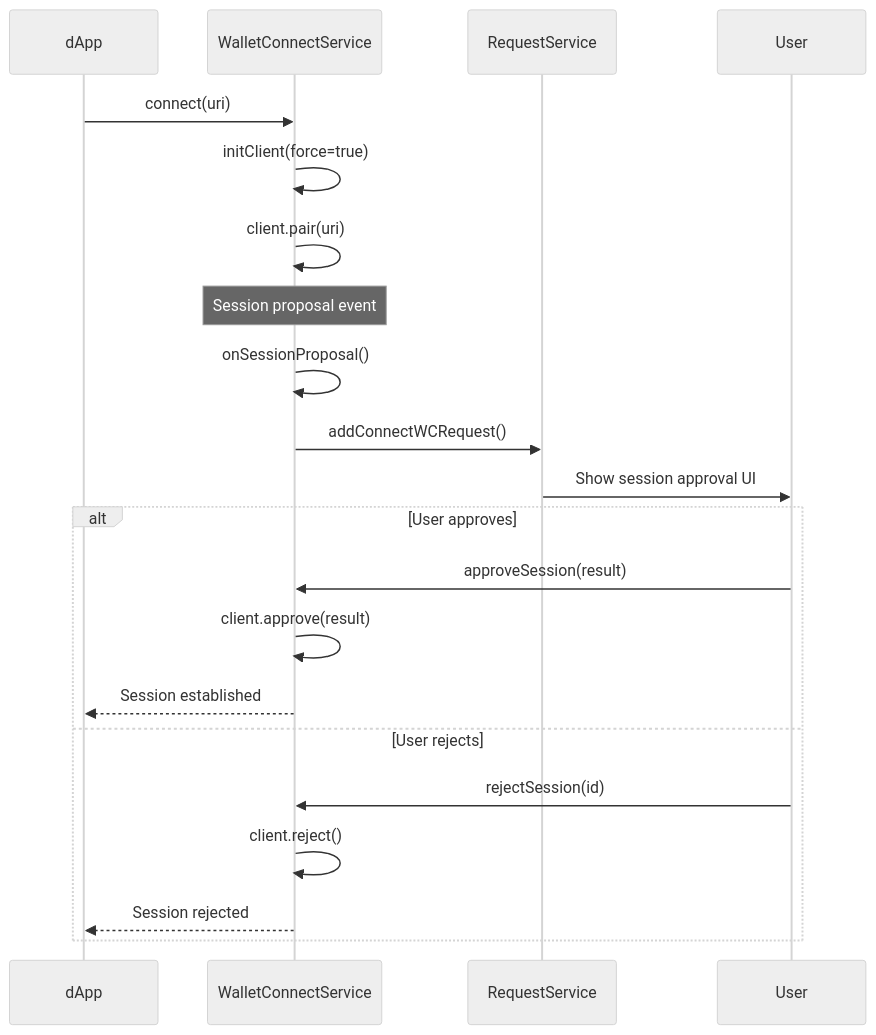
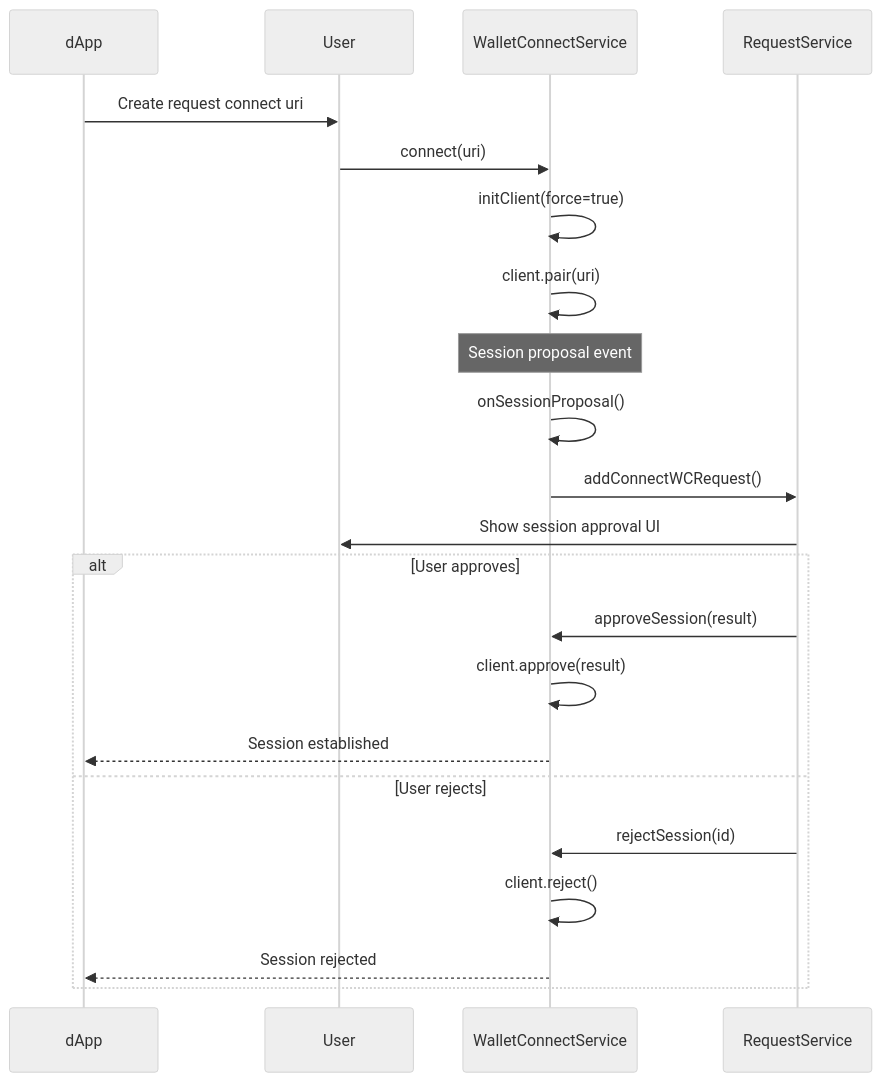
One commit to Koniverse/SubWallet-Extension changed the fourth of 6 diagrams in packages/extension-base/src/services/wallet-connect-service/README.md. Above: the diagram before and after it, drawn with Mermaid (neutral theme).

Commit message:
[DOCS] Update README for WalletConnect service

````diff
--- a/packages/extension-base/src/services/wallet-connect-service/README.md
+++ b/packages/extension-base/src/services/wallet-connect-service/README.md
@@ -242,26 +242,27 @@
 ```mermaid
 sequenceDiagram
     participant D as dApp
+    participant U as User
     participant W as WalletConnectService
     participant R as RequestService
-    participant U as User
     
-    D->>W: connect(uri)
+    D->>U: Create request connect uri
+    U->>W: connect(uri)
     W->>W: initClient(force=true)
     W->>W: client.pair(uri)
     
     Note over W: Session proposal event
     W->>W: onSessionProposal()
     W->>R: addConnectWCRequest()
     R->>U: Show session approval UI
     
     alt User approves
-        U->>W: approveSession(result)
+        R->>W: approveSession(result)
         W->>W: client.approve(result)
         W-->>D: Session established
     else User rejects
-        U->>W: rejectSession(id)
+        R->>W: rejectSession(id)
         W->>W: client.reject()
         W-->>D: Session rejected
     end
 ```
````
